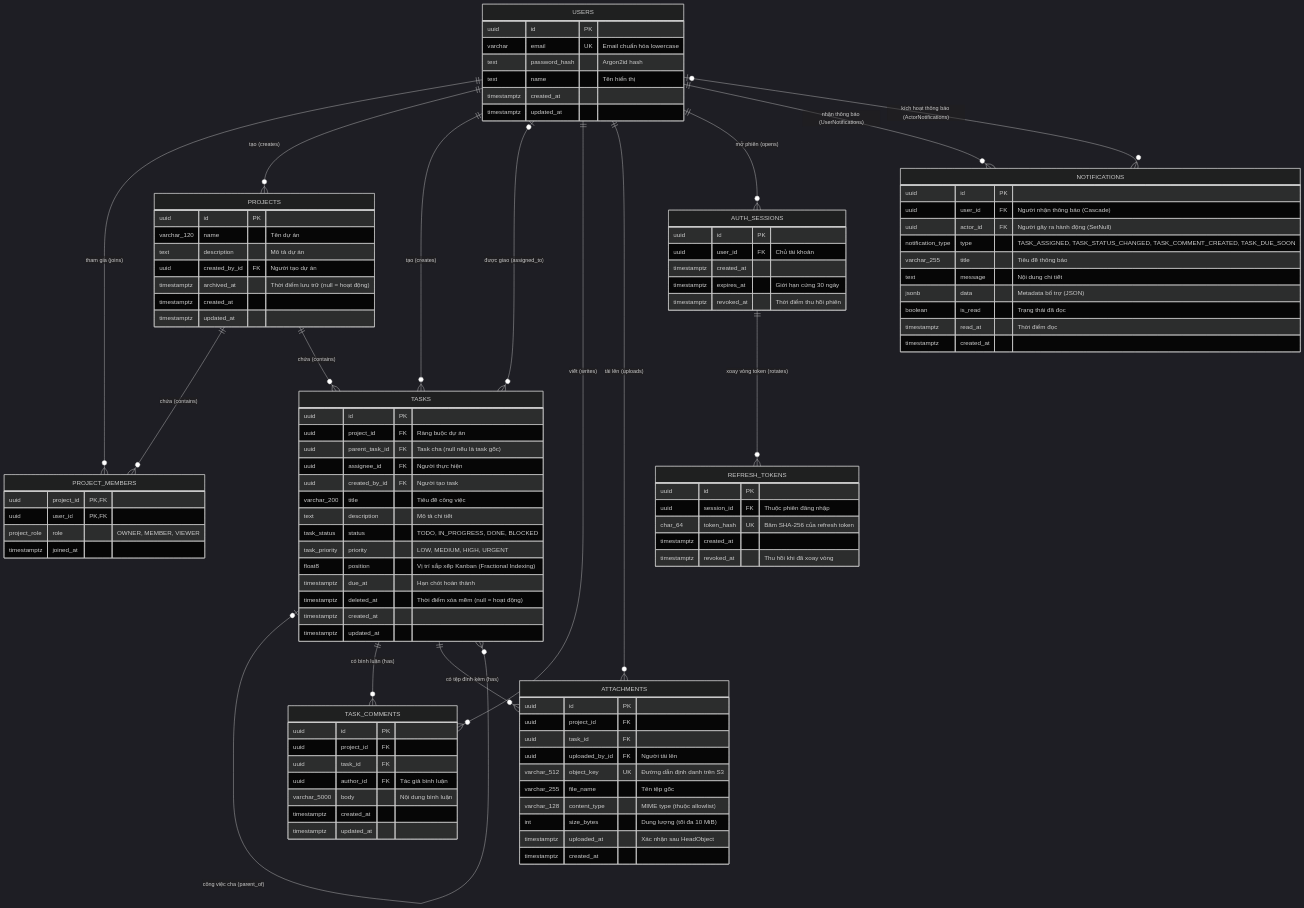
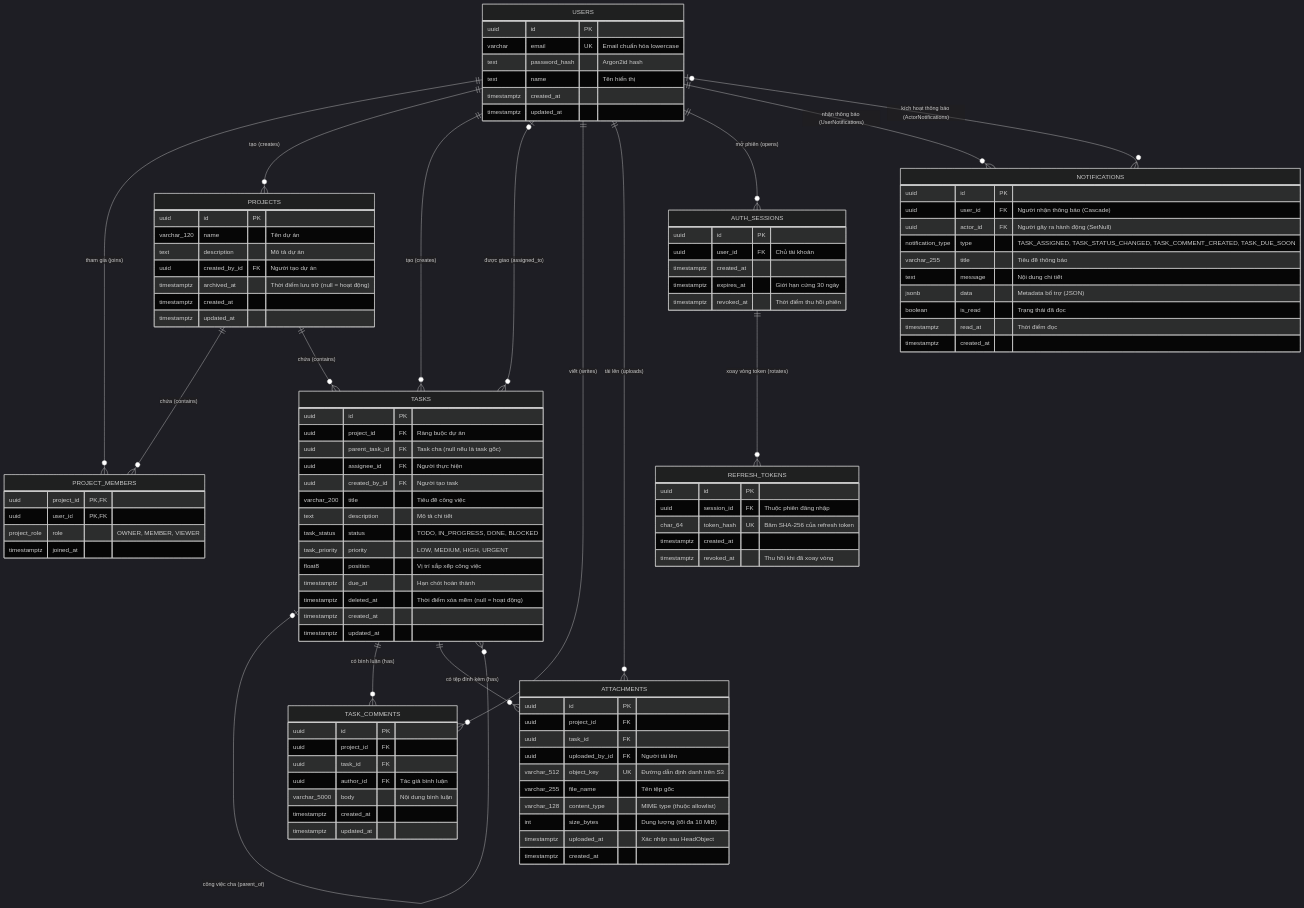
One commit to Vu-Trung-Kien/taskflow changed the diagram in docs/architecture/database.md. Above: the diagram before and after it, drawn with Mermaid (dark theme). The commit also changed other lines of this file and 31 other files, not shown here.

```diff
--- a/docs/architecture/database.md
+++ b/docs/architecture/database.md
@@ -74,7 +74,7 @@
         text description "Mô tả chi tiết"
         task_status status "TODO, IN_PROGRESS, DONE, BLOCKED"
         task_priority priority "LOW, MEDIUM, HIGH, URGENT"
-        float8 position "Vị trí sắp xếp Kanban (Fractional Indexing)"
+        float8 position "Vị trí sắp xếp công việc"
         timestamptz due_at "Hạn chót hoàn thành"
         timestamptz deleted_at "Thời điểm xóa mềm (null = hoạt động)"
         timestamptz created_at
```
